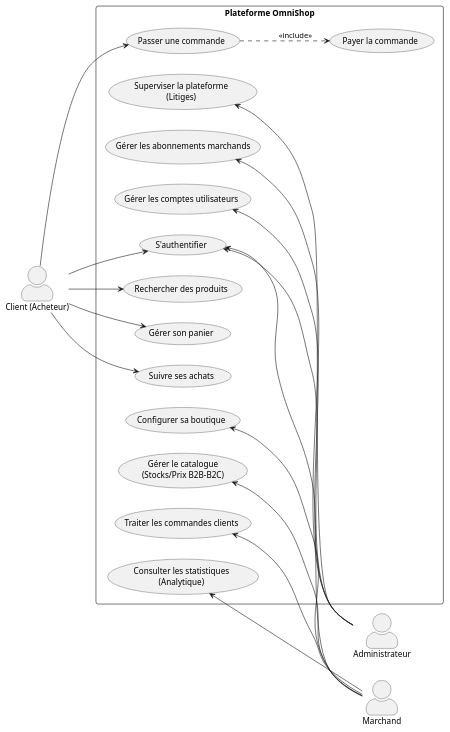
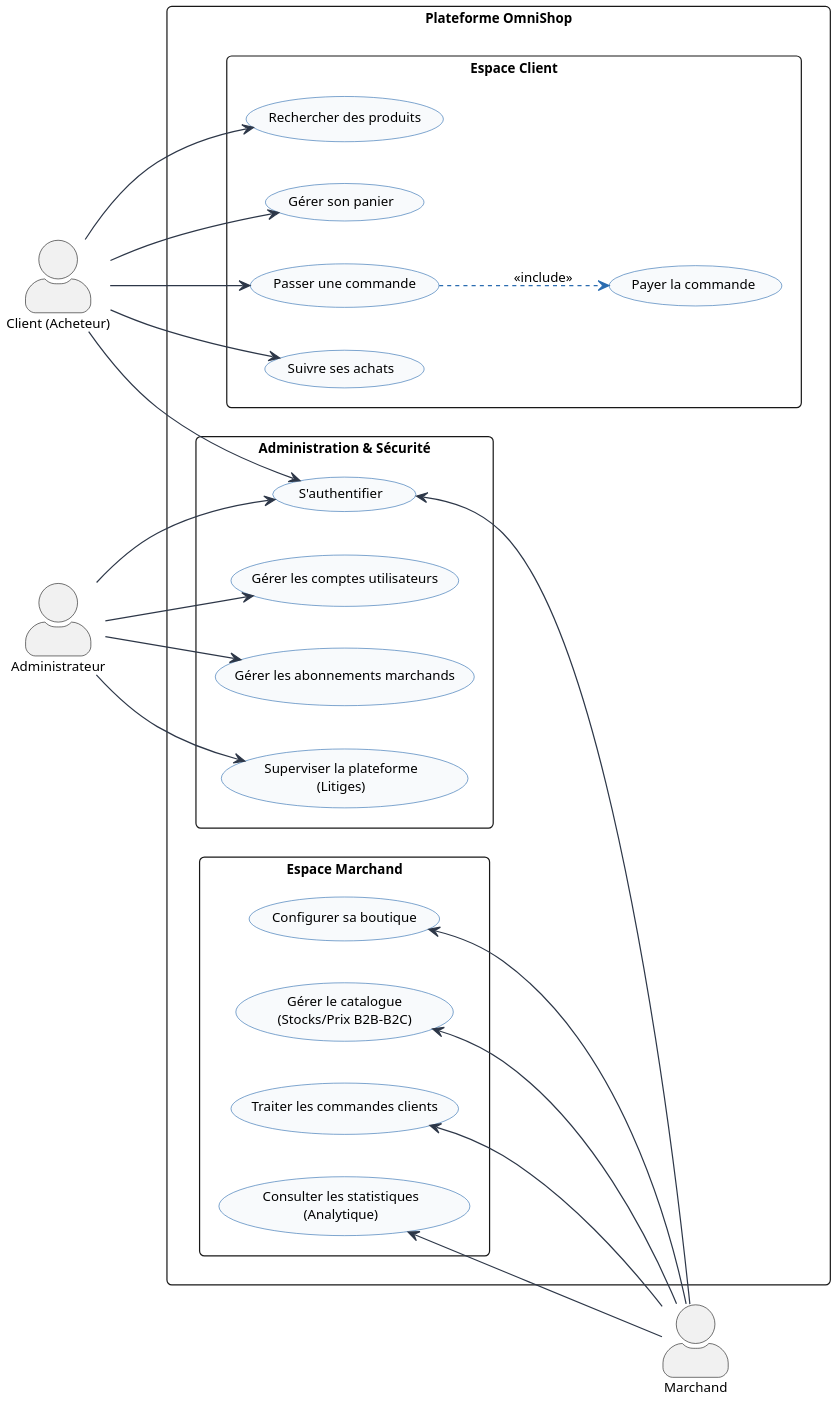
The diagram in Documentation/Diagrams/use_case_omnishop.puml (MohammedAbbassi/projet-awd-main), drawn with PlantUML before and after one commit. The commit also changed 5 other files, not shown here.

Commit message:
Add OmniShop use case PDF report with diagram and technical explanation

```diff
--- a/Documentation/Diagrams/use_case_omnishop.puml
+++ b/Documentation/Diagrams/use_case_omnishop.puml
@@ -1,58 +1,69 @@
 @startuml
 left to right direction
 skinparam packageStyle rectangle
 skinparam roundcorner 8
 skinparam shadowing false
 skinparam actorStyle awesome
+skinparam defaultFontName Arial
+skinparam defaultFontSize 11
+skinparam dpi 200
+
+skinparam usecase {
+  BackgroundColor #F8FAFC
+  BorderColor #2B6CB0
+  ArrowColor #2D3748
+}
 
 actor "Client (Acheteur)" as Client
 actor "Marchand" as Marchand
+
+rectangle "Plateforme OmniShop" {
+  package "Espace Client" {
+    usecase "Rechercher des produits" as UC_Search
+    usecase "Gérer son panier" as UC_Cart
+    usecase "Passer une commande" as UC_Order
+    usecase "Payer la commande" as UC_Pay
+    usecase "Suivre ses achats" as UC_Track
+  }
+
+  package "Administration & Sécurité" {
+    usecase "S'authentifier" as UC_Auth
+    usecase "Gérer les comptes utilisateurs" as UC_ManageUsers
+    usecase "Gérer les abonnements marchands" as UC_ManageSubs
+    usecase "Superviser la plateforme\n(Litiges)" as UC_Supervise
+  }
+
+  package "Espace Marchand" {
+    usecase "Configurer sa boutique" as UC_Store
+    usecase "Gérer le catalogue\n(Stocks/Prix B2B-B2C)" as UC_Catalog
+    usecase "Traiter les commandes clients" as UC_ProcessOrder
+    usecase "Consulter les statistiques\n(Analytique)" as UC_Analytics
+  }
+}
+
 actor "Administrateur" as Admin
 
-rectangle "Plateforme OmniShop" {
-  ' Cas d'utilisation d'authentification
-  usecase "S'authentifier" as UC_Auth
-  
-  ' Cas d'utilisation Client
-  usecase "Rechercher des produits" as UC_Search
-  usecase "Gérer son panier" as UC_Cart
-  usecase "Passer une commande" as UC_Order
-  usecase "Payer la commande" as UC_Pay
-  usecase "Suivre ses achats" as UC_Track
-
-  ' Cas d'utilisation Marchand
-  usecase "Configurer sa boutique" as UC_Store
-  usecase "Gérer le catalogue\n(Stocks/Prix B2B-B2C)" as UC_Catalog
-  usecase "Traiter les commandes clients" as UC_ProcessOrder
-  usecase "Consulter les statistiques\n(Analytique)" as UC_Analytics
-
-  ' Cas d'utilisation Administrateur
-  usecase "Gérer les comptes utilisateurs" as UC_ManageUsers
-  usecase "Gérer les abonnements marchands" as UC_ManageSubs
-  usecase "Superviser la plateforme\n(Litiges)" as UC_Supervise
-}
-
-' Relations Client (à gauche)
+' Client a gauche
 Client --> UC_Auth
 Client --> UC_Search
 Client --> UC_Cart
 Client --> UC_Order
 Client --> UC_Track
 
-' Relation include entre Passer commande et Payer
-UC_Order ..> UC_Pay : <<include>>
+' Include
+UC_Order .[#2B6CB0].> UC_Pay : <<include>>
 
-' Relations Marchand (à droite)
+' Marchand a droite
+UC_Auth <-- Marchand
 UC_Store <-- Marchand
 UC_Catalog <-- Marchand
 UC_ProcessOrder <-- Marchand
 UC_Analytics <-- Marchand
-UC_Auth <-- Marchand
 
-' Relations Administrateur (en bas)
-Admin -up-> UC_Auth
-Admin -up-> UC_ManageUsers
-Admin -up-> UC_ManageSubs
-Admin -up-> UC_Supervise
+' Admin en bas
+Admin --> UC_Auth
+Admin --> UC_ManageUsers
+Admin --> UC_ManageSubs
+Admin --> UC_Supervise
 
 @enduml
```
